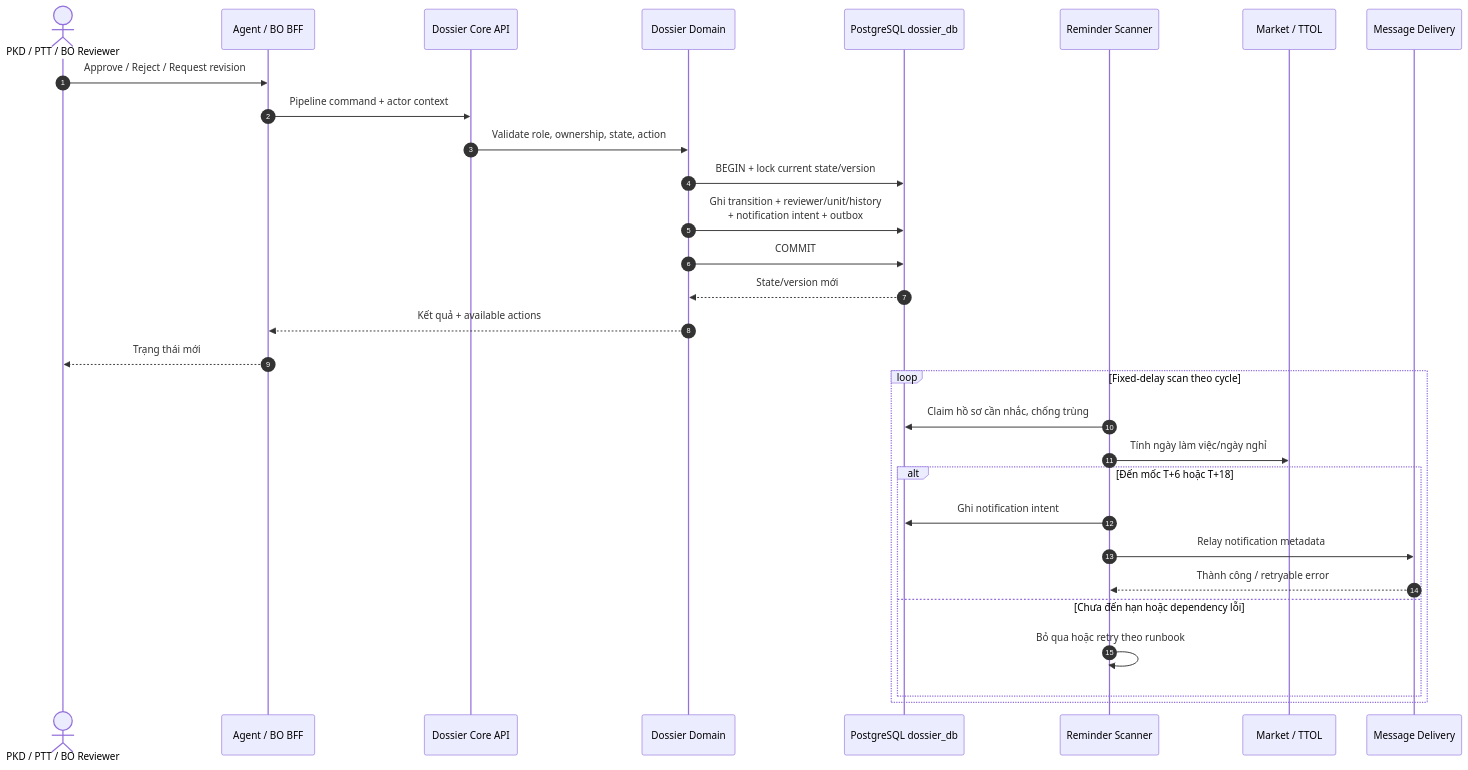
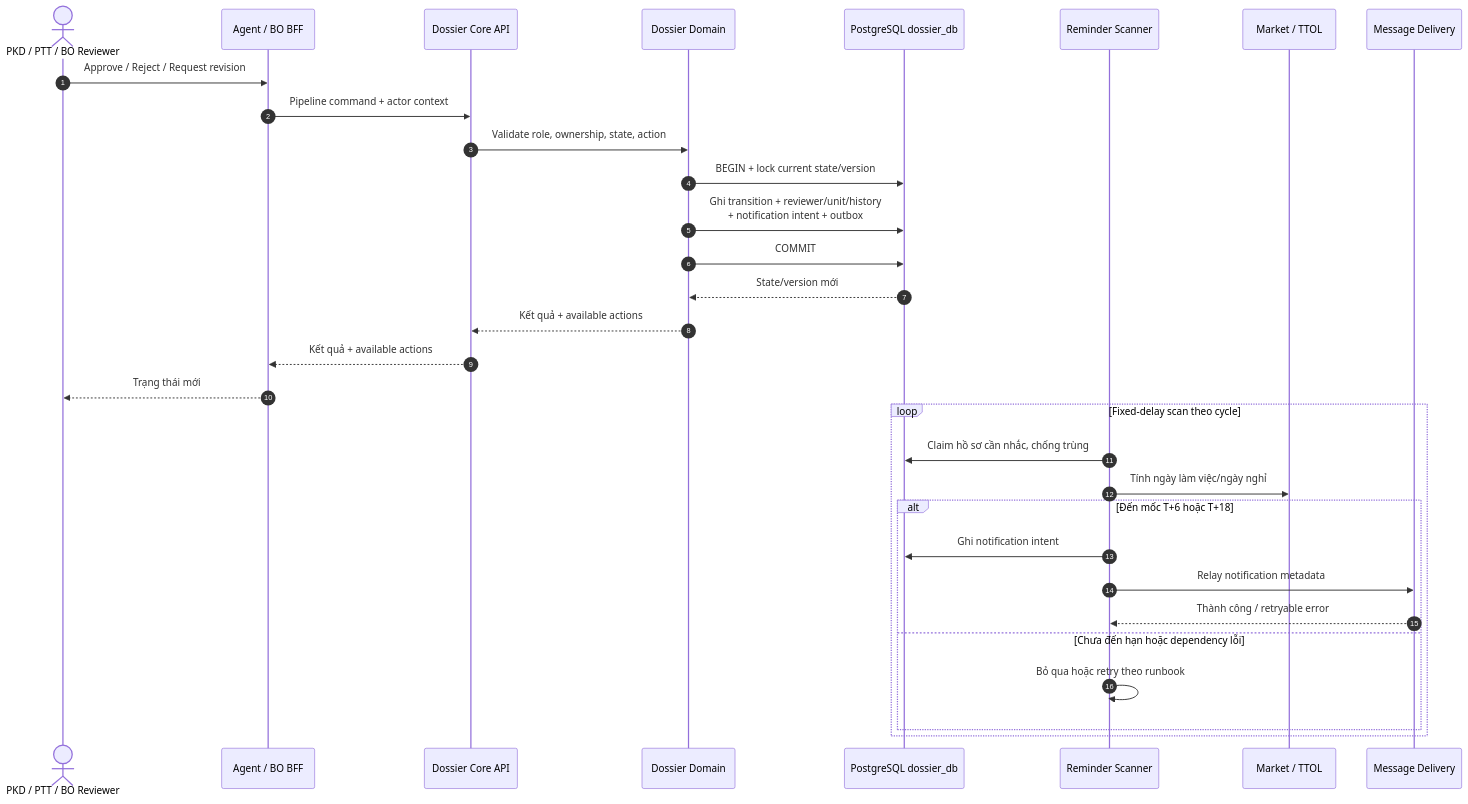
One commit to huynv-xyz/vhm changed diagram 13 of 16 in tdd-dossier.md. Above: the diagram before and after it, drawn with Mermaid. The commit also changed other lines of this file, not shown here.

````diff
--- a/tdd-dossier.md
+++ b/tdd-dossier.md
@@ -1053,34 +1365,35 @@
 ```mermaid
 sequenceDiagram
     autonumber
     actor Reviewer as PKD / PTT / BO Reviewer
     participant BFF as Agent / BO BFF
     participant API as Dossier Core API
     participant Domain as Dossier Domain
     participant DB as PostgreSQL dossier_db
     participant Scheduler as Reminder Scanner
     participant Calendar as Market / TTOL
     participant Message as Message Delivery
 
     Reviewer->>BFF: Approve / Reject / Request revision
     BFF->>API: Pipeline command + actor context
     API->>Domain: Validate role, ownership, state, action
     Domain->>DB: BEGIN + lock current state/version
     Domain->>DB: Ghi transition + reviewer/unit/history<br/>+ notification intent + outbox
     Domain->>DB: COMMIT
     DB-->>Domain: State/version mới
-    Domain-->>BFF: Kết quả + available actions
+    Domain-->>API: Kết quả + available actions
+    API-->>BFF: Kết quả + available actions
     BFF-->>Reviewer: Trạng thái mới
 
     loop Fixed-delay scan theo cycle
         Scheduler->>DB: Claim hồ sơ cần nhắc, chống trùng
         Scheduler->>Calendar: Tính ngày làm việc/ngày nghỉ
         alt Đến mốc T+6 hoặc T+18
             Scheduler->>DB: Ghi notification intent
             Scheduler->>Message: Relay notification metadata
             Message-->>Scheduler: Thành công / retryable error
         else Chưa đến hạn hoặc dependency lỗi
             Scheduler->>Scheduler: Bỏ qua hoặc retry theo runbook
         end
     end
 ```
````
